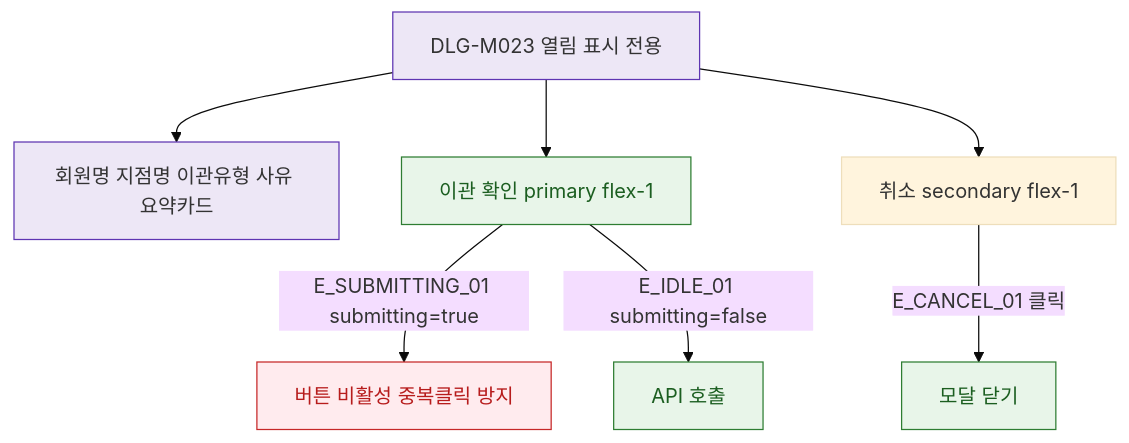
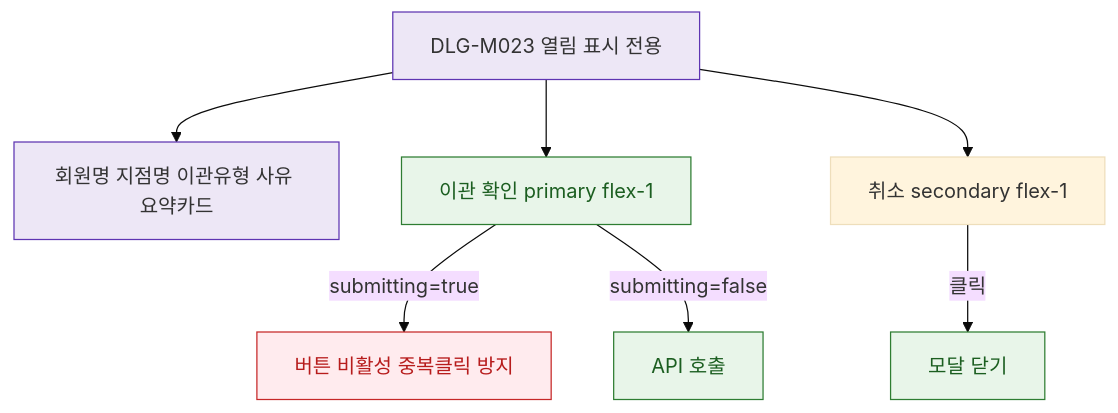
Before and after one commit to dev-spogym/admin-pando: the diagram in docs/다이어그램/D02_회원관리/DLG/DLG-M023_이관확인/M2_필드검증.md, drawn with Mermaid (base theme). The commit also changed other lines of this file and 1660 other files, not shown here.

First line of the commit message:
다이어그램: 기획자/클라이언트 납품본으로 정리

````diff
--- a/docs/다이어그램/D02_회원관리/DLG/DLG-M023_이관확인/M2_필드검증.md
+++ b/docs/다이어그램/D02_회원관리/DLG/DLG-M023_이관확인/M2_필드검증.md
@@ -22,20 +20,20 @@
 ```mermaid
 flowchart TD
   DLG[DLG-M023 열림 표시 전용]
 
   DLG --> INFO[회원명 지점명 이관유형 사유 요약카드]
   DLG --> BTN_CONFIRM[이관 확인 primary flex-1]
   DLG --> BTN_CANCEL[취소 secondary flex-1]
 
-  BTN_CONFIRM -->|E_SUBMITTING_01 submitting=true| BTN_DISABLED[버튼 비활성 중복클릭 방지]
-  BTN_CONFIRM -->|E_IDLE_01 submitting=false| API[API 호출]
-  BTN_CANCEL  -->|E_CANCEL_01 클릭| CLOSE[모달 닫기]
+  BTN_CONFIRM -->|submitting=true|BTN_DISABLED[버튼 비활성 중복클릭 방지]
+  BTN_CONFIRM -->|submitting=false|API[API 호출]
+  BTN_CANCEL -->|클릭|CLOSE[모달 닫기]
 
-  classDef system  fill:#EDE7F6,stroke:#5E35B2
+  classDef system fill:#EDE7F6,stroke:#5E35B2
   classDef success fill:#E8F5E9,stroke:#2E7D32,color:#1B5E20
-  classDef error   fill:#FFEBEE,stroke:#C62828,color:#B71C1C
+  classDef error fill:#FFEBEE,stroke:#C62828,color:#B71C1C
 
   class DLG,INFO system
   class BTN_CONFIRM,API,CLOSE success
   class BTN_DISABLED error
 ```
````
